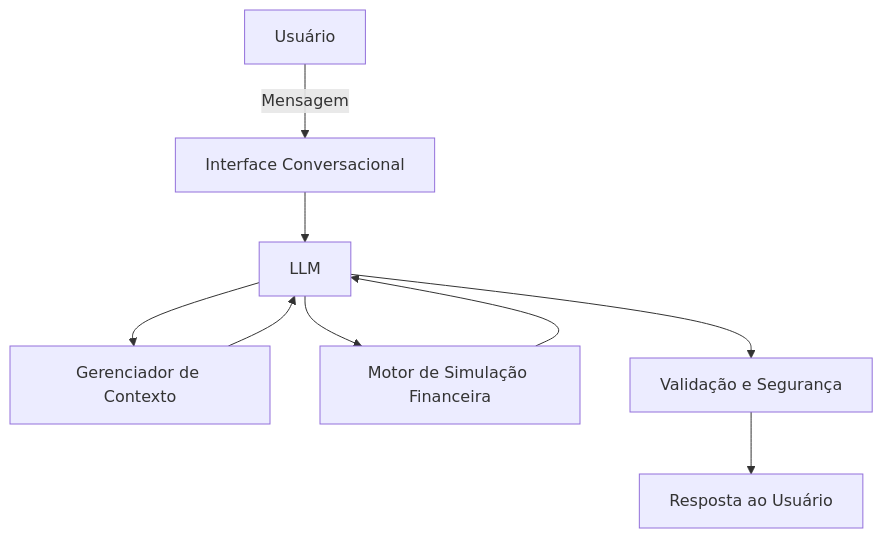
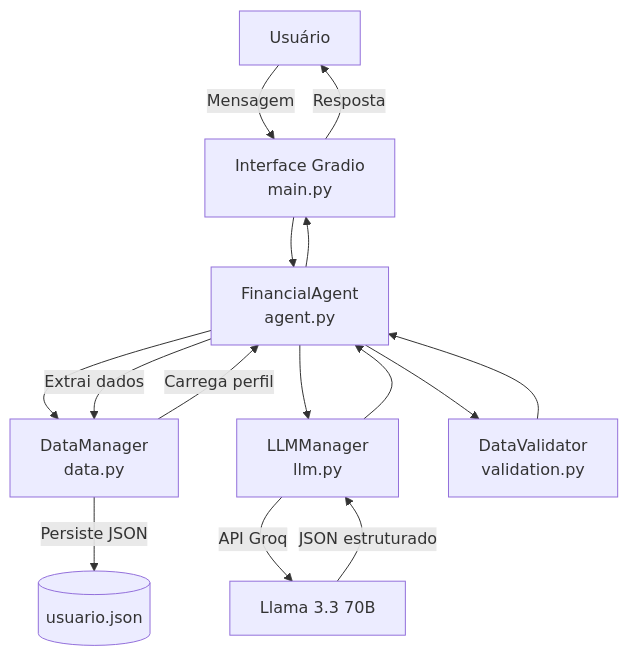
Before and after one commit to kalkehcoisa/dio-lab-bia-do-futuro: the diagram in docs/01-documentacao-agente.md, drawn with Mermaid. The commit also changed other lines of this file and 17 other files, not shown here.

````diff
--- a/docs/01-documentacao-agente.md
+++ b/docs/01-documentacao-agente.md
@@ -74,11 +74,17 @@
 ```mermaid
 flowchart TD
-    A[Usuário] -->|Mensagem| B[Interface Conversacional]
-    B --> C[LLM]
-    C --> D[Gerenciador de Contexto]
-    D --> C
-    C --> E[Motor de Simulação Financeira]
+    A[Usuário] -->|Mensagem| B[Interface Gradio<br/>main.py]
+    B --> C[FinancialAgent<br/>agent.py]
+    C --> D[DataManager<br/>data.py]
+    D -->|Carrega perfil| C
+    C --> E[LLMManager<br/>llm.py]
+    E -->|API Groq| F[Llama 3.3 70B]
+    F -->|JSON estruturado| E
     E --> C
-    C --> F[Validação e Segurança]
-    F --> G[Resposta ao Usuário]
+    C --> G[DataValidator<br/>validation.py]
+    G --> C
+    C -->|Extrai dados| D
+    D -->|Persiste JSON| H[(usuario.json)]
+    C --> B
+    B -->|Resposta| A
 ```
````
